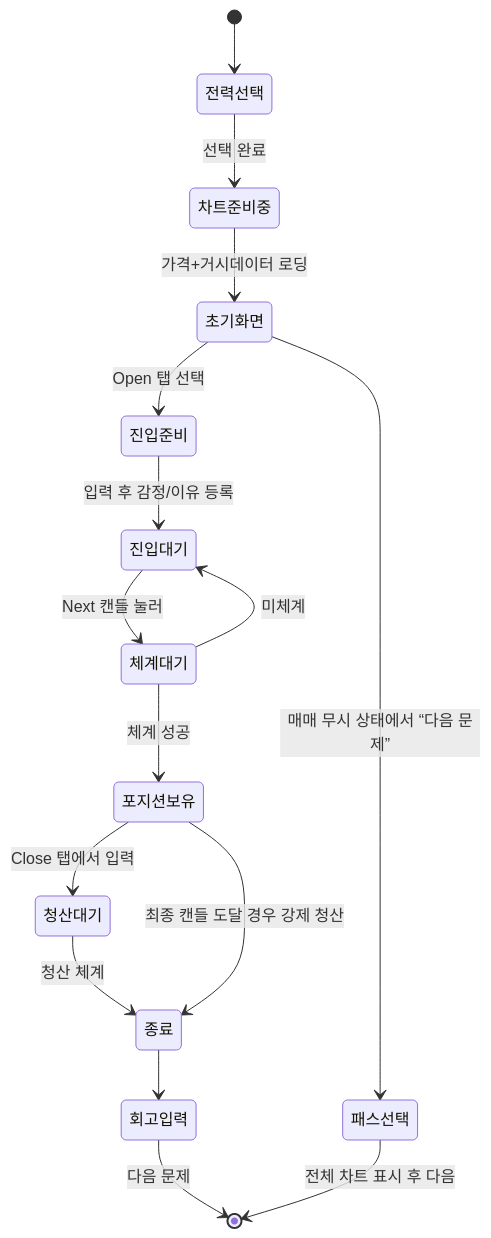
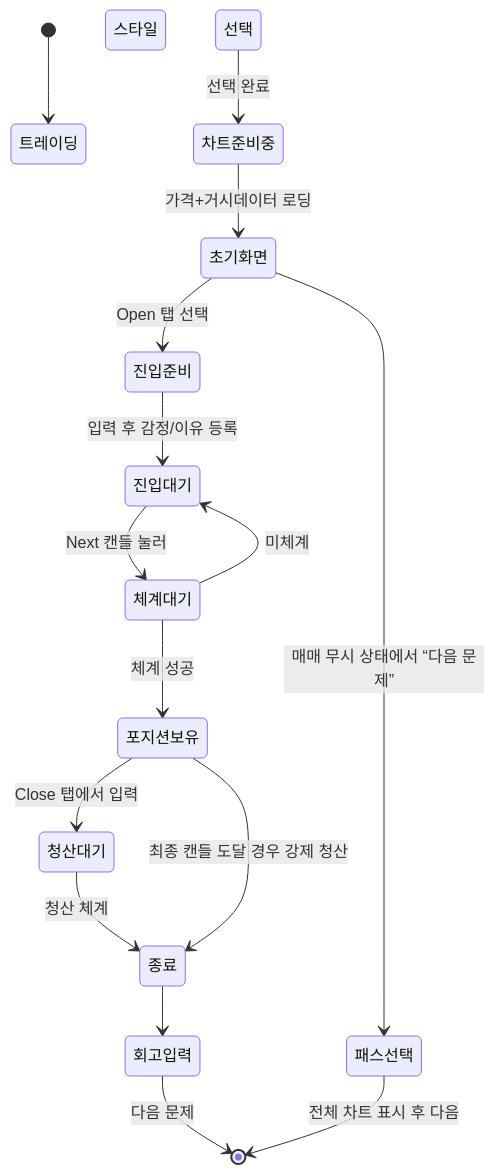
Before and after one commit to sincci1994/charty_rules: the diagram in docs/연습_모의투자_기능정의서.md, drawn with Mermaid. The commit also changed other lines of this file, not shown here.

Commit message:
모의투자 기능정의서 수정

````diff
--- a/docs/연습_모의투자_기능정의서.md
+++ b/docs/연습_모의투자_기능정의서.md
@@ -202,18 +202,18 @@
 ```mermaid
 stateDiagram-v2
-    [*] --> 전력선택
-    전력선택 --> 차트준비중 : 선택 완료
+    [*] --> 트레이딩 스타일 선택
+    트레이딩 스타일 선택 --> 차트준비중 : 선택 완료
     차트준비중 --> 초기화면 : 가격+거시데이터 로딩
     초기화면 --> 진입준비 : Open 탭 선택
     진입준비 --> 진입대기 : 입력 후 감정/이유 등록
     진입대기 --> 체계대기 : Next 캔들 눌러
     체계대기 --> 포지션보유 : 체계 성공
     체계대기 --> 진입대기 : 미체계
     포지션보유 --> 청산대기 : Close 탭에서 입력
     청산대기 --> 종료 : 청산 체계
     포지션보유 --> 종료 : 최종 캔들 도달 경우 강제 청산
     종료 --> 회고입력
     회고입력 --> [*] : 다음 문제
     초기화면 --> 패스선택 : 매매 무시 상태에서 “다음 문제”
     패스선택 --> [*] : 전체 차트 표시 후 다음
 ```
````
